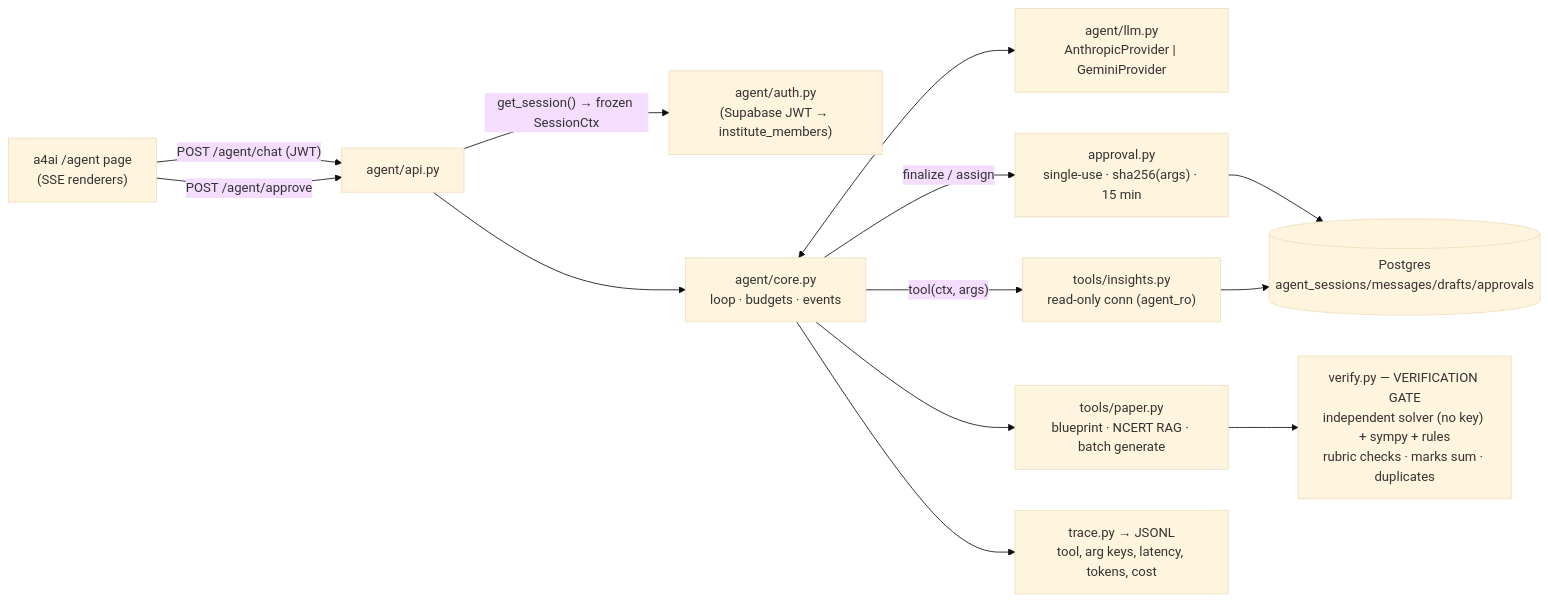
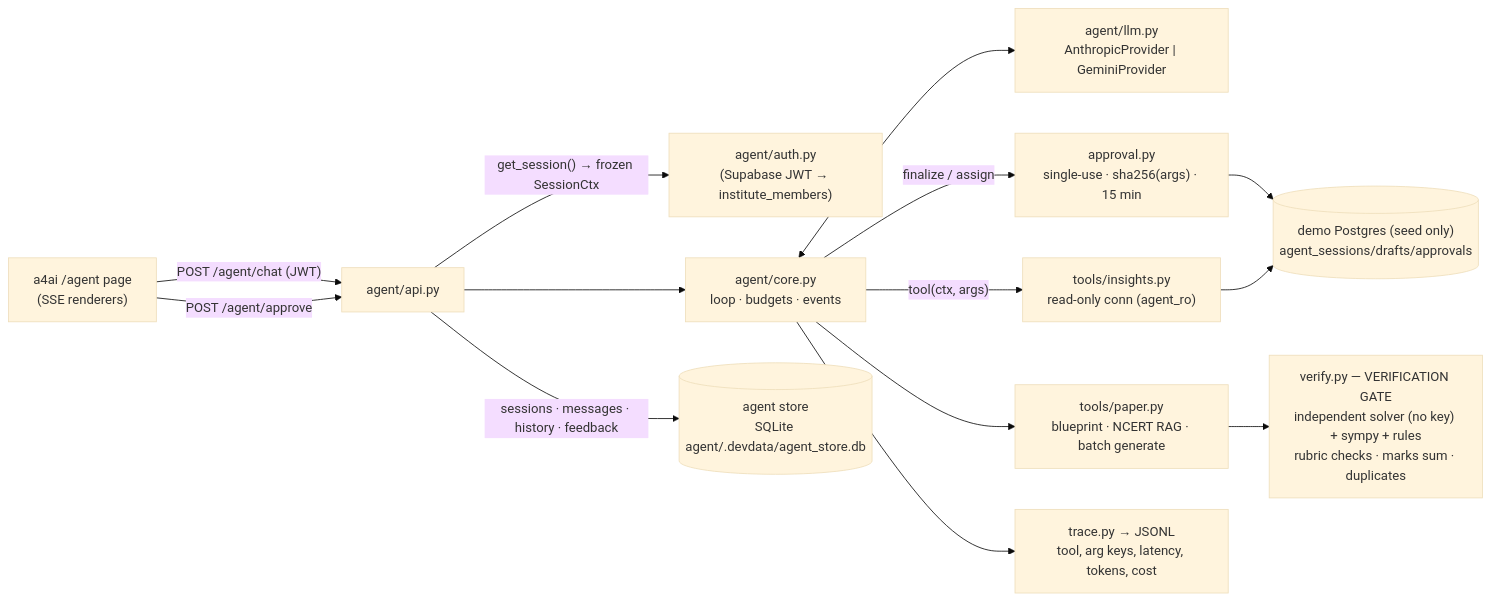
Before and after one commit to tarunkumar4dev/RAG-BACKEND: the diagram in agent/README.md, drawn with Mermaid (base theme). The commit also changed other lines of this file and 9 other files, not shown here.

````diff
--- a/agent/README.md
+++ b/agent/README.md
@@ -8,15 +8,16 @@
 ```mermaid
 flowchart LR
   UI["a4ai /agent page<br/>(SSE renderers)"] -- "POST /agent/chat (JWT)" --> API["agent/api.py"]
   UI -- "POST /agent/approve" --> API
   API -- "get_session() → frozen SessionCtx" --> AUTH["agent/auth.py<br/>(Supabase JWT → institute_members)"]
   API --> CORE["agent/core.py<br/>loop · budgets · events"]
   CORE <--> LLM["agent/llm.py<br/>AnthropicProvider | GeminiProvider"]
   CORE -- "tool(ctx, args)" --> T1["tools/insights.py<br/>read-only conn (agent_ro)"]
   CORE --> T2["tools/paper.py<br/>blueprint · NCERT RAG · batch generate"]
   T2 --> V["verify.py — VERIFICATION GATE<br/>independent solver (no key) + sympy + rules<br/>rubric checks · marks sum · duplicates"]
   CORE -- "finalize / assign" --> AP["approval.py<br/>single-use · sha256(args) · 15 min"]
-  AP --> DB[("Postgres<br/>agent_sessions/messages/drafts/approvals")]
+  AP --> DB[("demo Postgres (seed only)<br/>agent_sessions/drafts/approvals")]
+  API -- "sessions · messages · history · feedback" --> ST[("agent store<br/>SQLite agent/.devdata/agent_store.db")]
   T1 --> DB
   CORE --> TR["trace.py → JSONL<br/>tool, arg keys, latency, tokens, cost"]
 ```
````
